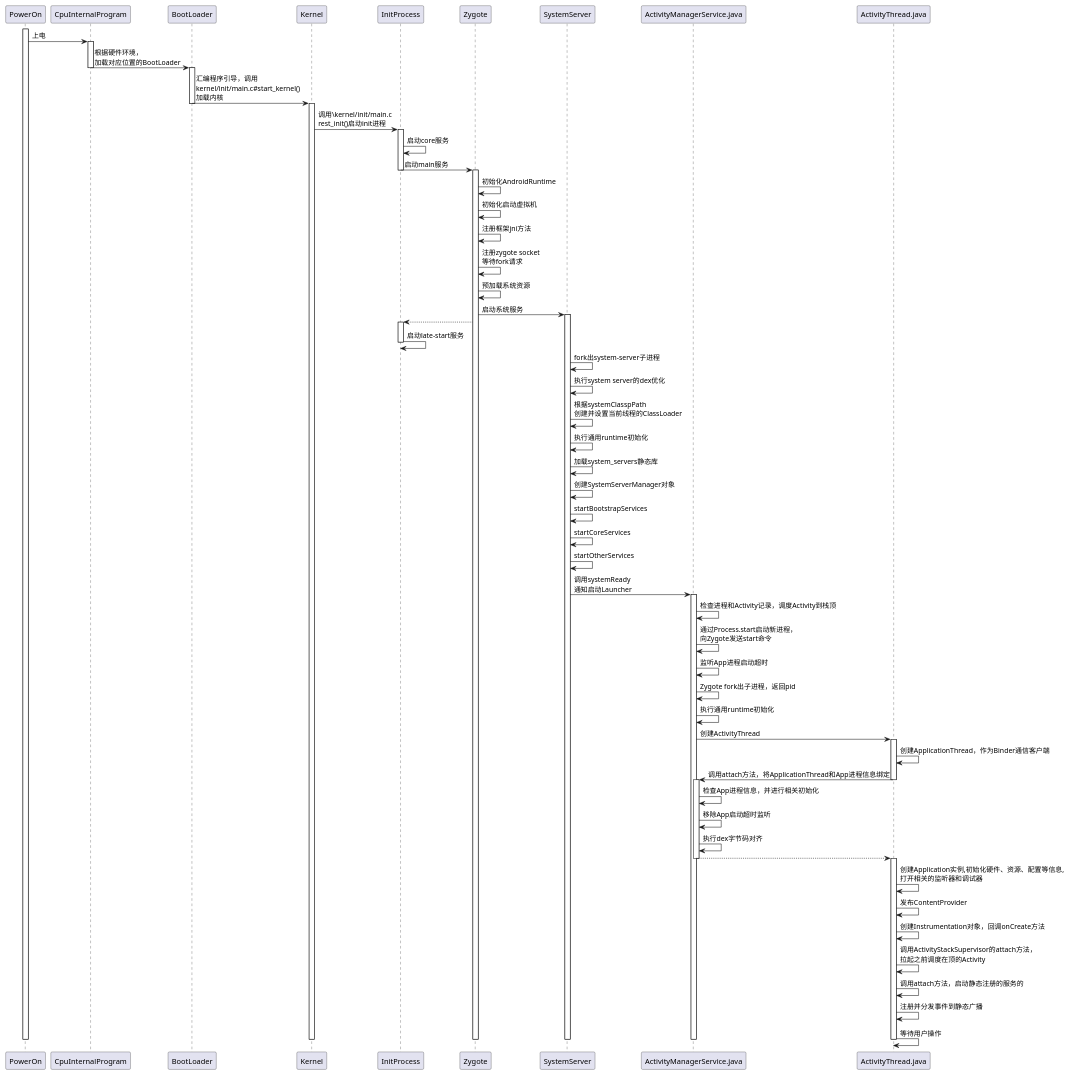
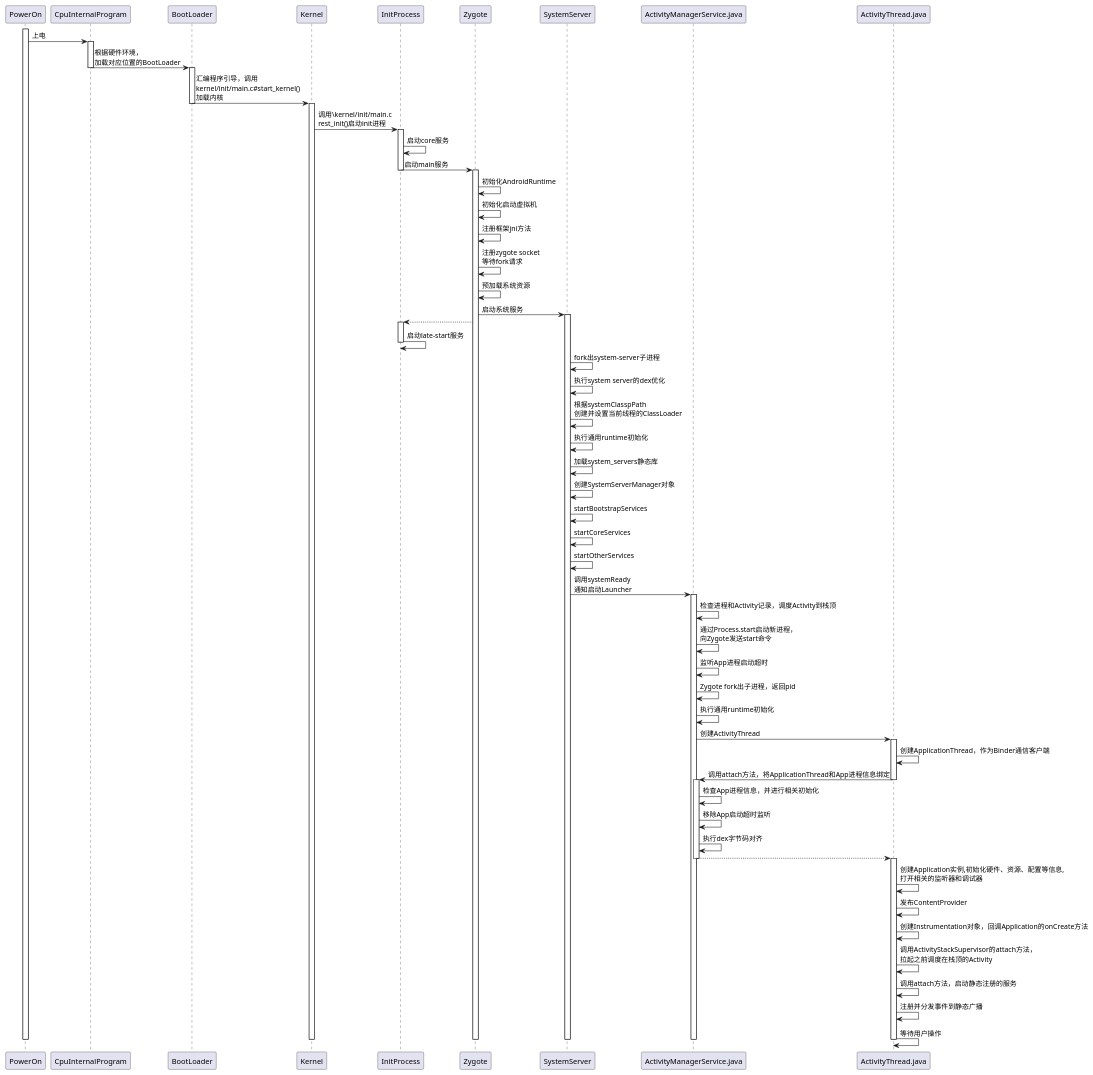
Before and after one commit to heavy-james/AndroidStartSequence: the diagram in uml/1_android_start/android_start.puml, drawn with PlantUML.

Commit message:
fix word error in android_start.puml

```diff
--- a/uml/1_android_start/android_start.puml
+++ b/uml/1_android_start/android_start.puml
@@ -1,114 +1,114 @@
 @startuml
 
 participant "PowerOn"
 
 participant CpuInPg as "CpuInternalProgram"
 
 participant BootLoader as "BootLoader"
 
 participant Kernel as "Kernel"
 
 participant InitProcess as "InitProcess"
 
 participant Zygote as "Zygote"
 
 participant SystemServer as "SystemServer"
 
 participant ActivityManagerService as "ActivityManagerService.java"
 
 participant ActivityThread as "ActivityThread.java"
 
 'sequence below
 
 activate PowerOn
 PowerOn -> CpuInPg : 上电
 
 activate CpuInPg
 CpuInPg -> BootLoader : 根据硬件环境，\n加载对应位置的BootLoader
 deactivate CpuInPg
 
 activate BootLoader
 BootLoader -> Kernel : 汇编程序引导，调用\nkernel/init/main.c#start_kernel()\n加载内核
 deactivate BootLoader
 
 activate Kernel
 Kernel -> InitProcess : 调用\kernel/init/main.c\nrest_init()启动init进程
 
 activate InitProcess
 InitProcess -> InitProcess : 启动core服务
 InitProcess -> Zygote : 启动main服务
 deactivate InitProcess
 
 activate Zygote
 Zygote -> Zygote : 初始化AndroidRuntime
 Zygote -> Zygote : 初始化启动虚拟机
 Zygote -> Zygote : 注册框架jni方法
 Zygote -> Zygote : 注册zygote socket\
 \n等待fork请求
 Zygote -> Zygote : 预加载系统资源
 Zygote -> SystemServer : 启动系统服务
 
 activate SystemServer
 Zygote --> InitProcess
 activate InitProcess
 InitProcess -> InitProcess : 启动late-start服务
 deactivate InitProcess
 
 
 SystemServer -> SystemServer : fork出system-server子进程
 SystemServer -> SystemServer : 执行system server的dex优化
 SystemServer -> SystemServer : 根据systemClasspPath\
 \n创建并设置当前线程的ClassLoader
 SystemServer -> SystemServer : 执行通用runtime初始化
 SystemServer -> SystemServer : 加载system_servers静态库
 SystemServer -> SystemServer : 创建SystemServerManager对象
 SystemServer -> SystemServer : startBootstrapServices
 SystemServer -> SystemServer : startCoreServices
 SystemServer -> SystemServer : startOtherServices
 SystemServer -> ActivityManagerService : 调用systemReady\n通知启动Launcher
 
 activate ActivityManagerService
 ActivityManagerService -> ActivityManagerService : 检查进程和Activity记录，调度Activity到栈顶
 ActivityManagerService -> ActivityManagerService : 通过Process.start启动新进程，\n向Zygote发送start命令
 ActivityManagerService -> ActivityManagerService : 监听App进程启动超时
 ActivityManagerService -> ActivityManagerService : Zygote fork出子进程，返回pid
 ActivityManagerService -> ActivityManagerService : 执行通用runtime初始化
 ActivityManagerService -> ActivityThread : 创建ActivityThread
 
 activate ActivityThread
 ActivityThread -> ActivityThread : 创建ApplicationThread，作为Binder通信客户端
 ActivityThread -> ActivityManagerService : 调用attach方法，将ApplicationThread和App进程信息绑定
 deactivate ActivityThread
 
 activate ActivityManagerService
 ActivityManagerService -> ActivityManagerService : 检查App进程信息，并进行相关初始化
 ActivityManagerService -> ActivityManagerService : 移除App启动超时监听
 ActivityManagerService -> ActivityManagerService : 执行dex字节码对齐
 ActivityManagerService --> ActivityThread :
 deactivate ActivityManagerService
 
 activate ActivityThread
 
 ActivityThread -> ActivityThread : 创建Application实例,初始化硬件、资源、配置等信息, \
 \n打开相关的监听器和调试器
 
 ActivityThread -> ActivityThread : 发布ContentProvider
 
-ActivityThread -> ActivityThread : 创建Instrumentation对象，回调onCreate方法
+ActivityThread -> ActivityThread : 创建Instrumentation对象，回调Application的onCreate方法
 
 ActivityThread -> ActivityThread : 调用ActivityStackSupervisor的attach方法，\
-\n拉起之前调度在顶的Activity
+\n拉起之前调度在栈顶的Activity
 
-ActivityThread -> ActivityThread : 调用attach方法，启动静态注册的服务的
+ActivityThread -> ActivityThread : 调用attach方法，启动静态注册的服务
 
 ActivityThread -> ActivityThread : 注册并分发事件到静态广播
 
 ActivityThread -> ActivityThread : 等待用户操作
 
 deactivate ActivityThread
 deactivate ActivityManagerService
 deactivate SystemServer
 deactivate Zygote
 deactivate Kernel
 deactivate PowerOn
 @enduml
```
